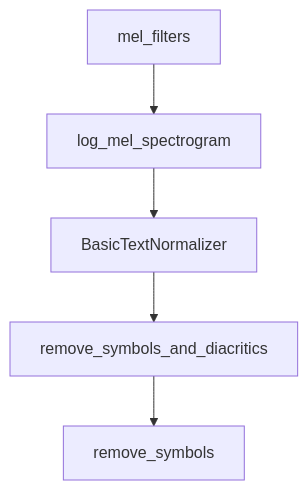
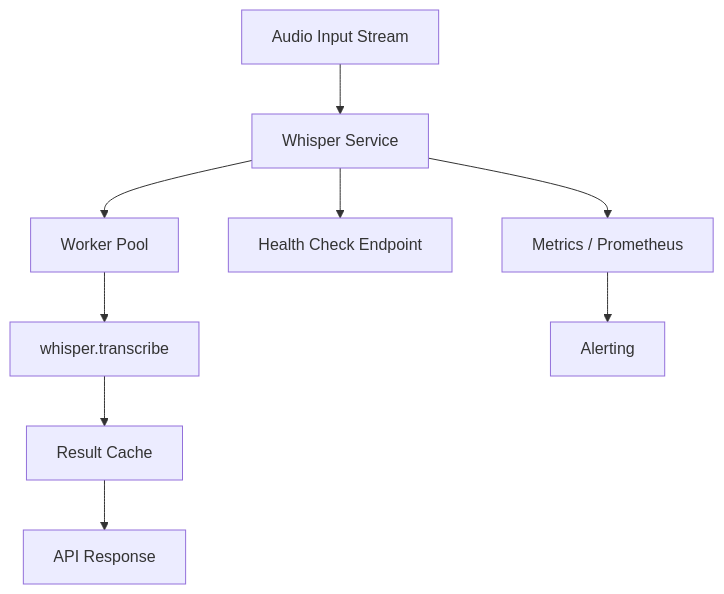
The diagram in tutorials/openai-whisper-tutorial/08-production-deployment.md (johnxie/awesome-code-docs), drawn with Mermaid before and after one commit. The commit also changed other lines of this file and 1232 other files, not shown here.

````diff
--- a/tutorials/openai-whisper-tutorial/08-production-deployment.md
+++ b/tutorials/openai-whisper-tutorial/08-production-deployment.md
@@ -264,12 +103,11 @@
 ```mermaid
 flowchart TD
-    A[mel_filters]
-    B[log_mel_spectrogram]
-    C[BasicTextNormalizer]
-    D[remove_symbols_and_diacritics]
-    E[remove_symbols]
-    A --> B
-    B --> C
-    C --> D
-    D --> E
+    A[Audio Input Stream] --> B[Whisper Service]
+    B --> C[Worker Pool]
+    C --> D[whisper.transcribe]
+    D --> E[Result Cache]
+    E --> F[API Response]
+    B --> G[Health Check Endpoint]
+    B --> H[Metrics / Prometheus]
+    H --> I[Alerting]
 ```
````
